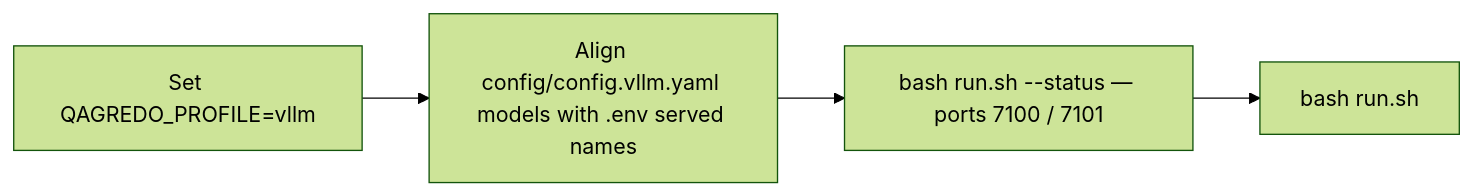
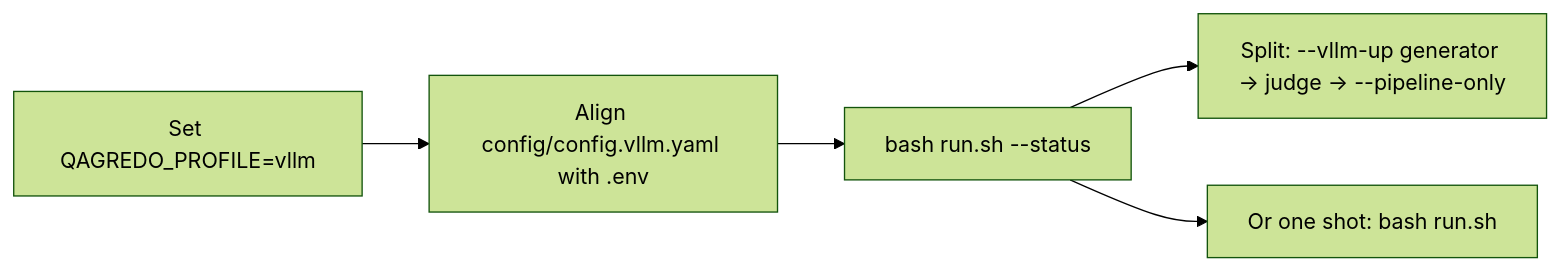
One commit to tohyewhong/qagredo-local changed the diagram in README.md. Above: the diagram before and after it, drawn with Mermaid (forest theme). The commit also changed other lines of this file and 58 other files, not shown here.

First line of the commit message:
Back up workspace: vLLM siteserver guide, ollama profile, pipeline features.

````diff
--- a/README.md
+++ b/README.md
@@ -92,6 +96,7 @@
 ```mermaid
 flowchart LR
-  A[Set QAGREDO_PROFILE=vllm] --> B[Align config/config.vllm.yaml models with .env served names]
-  B --> C[bash run.sh --status — ports 7100 / 7101]
-  C --> D[bash run.sh]
+  A[Set QAGREDO_PROFILE=vllm] --> B[Align config/config.vllm.yaml with .env]
+  B --> C[bash run.sh --status]
+  C --> D1[Split: --vllm-up generator → judge → --pipeline-only]
+  C --> D2[Or one shot: bash run.sh]
 ```
````
